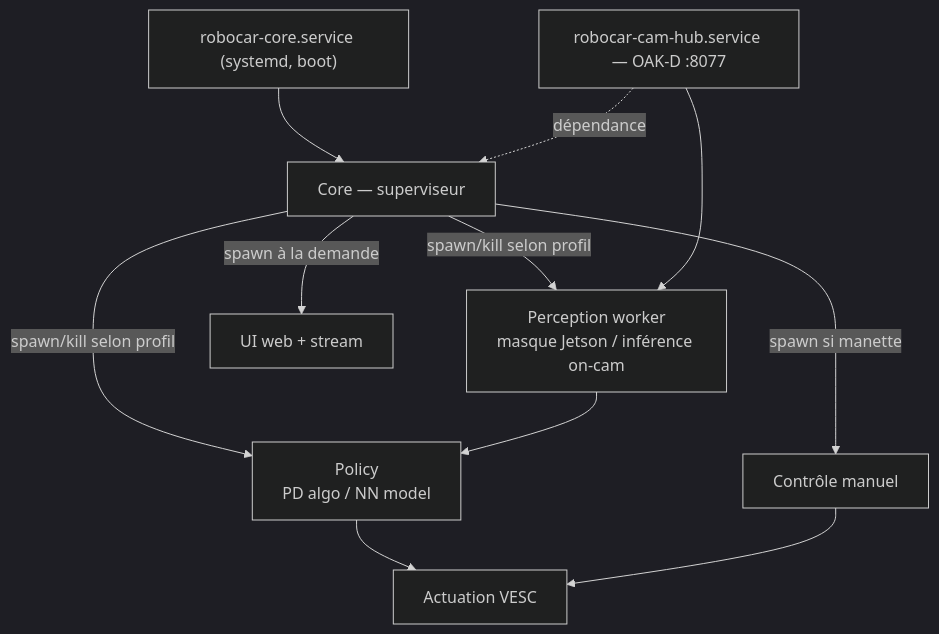
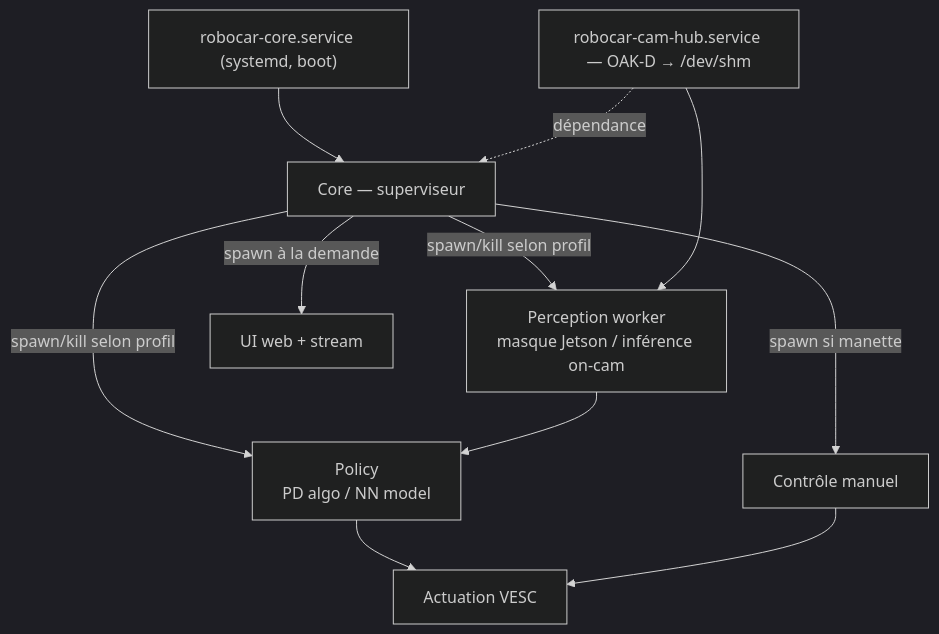
One commit to lekrikri/behavioral-cloning-autonomous-racing changed the diagram in docs/schemas/01-architecture.md. Above: the diagram before and after it, drawn with Mermaid (dark theme). The commit also changed 8 other files, not shown here.

First line of the commit message:
feat(cam): rewrite the camera hub as a SHM-only zero-copy server

````diff
--- a/docs/schemas/01-architecture.md
+++ b/docs/schemas/01-architecture.md
@@ -6,15 +6,15 @@
 ```mermaid
 flowchart TD
     SYS["robocar-core.service (systemd, boot)"] --> CORE["Core — superviseur"]
-    HUB["robocar-cam-hub.service — OAK-D :8077"] -. dépendance .-> CORE
+    HUB["robocar-cam-hub.service — OAK-D → /dev/shm"] -. dépendance .-> CORE
 
     CORE -->|spawn/kill selon profil| PERC["Perception worker<br/>masque Jetson / inférence on-cam"]
     CORE -->|spawn/kill selon profil| POL["Policy<br/>PD algo / NN model"]
     CORE -->|spawn à la demande| UI["UI web + stream"]
     CORE -->|spawn si manette| MAN["Contrôle manuel"]
 
     HUB --> PERC
     PERC --> POL
     POL --> VESC["Actuation VESC"]
     MAN --> VESC
 ```
````
